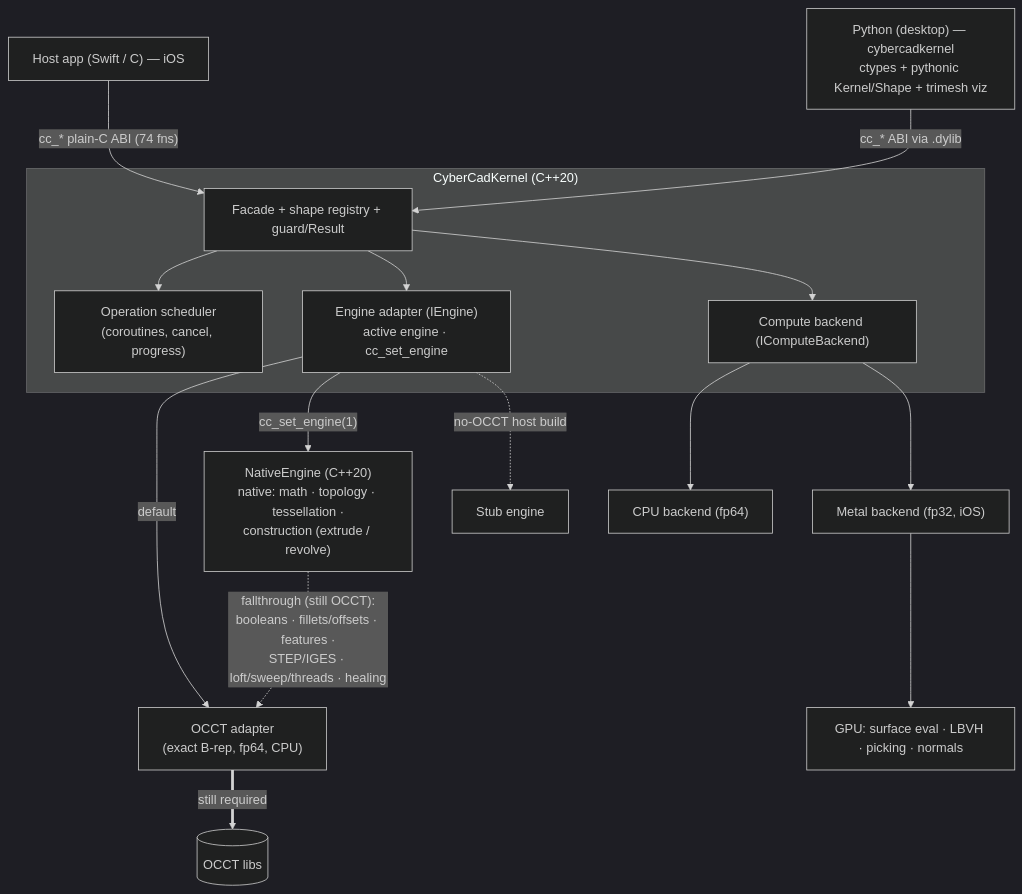
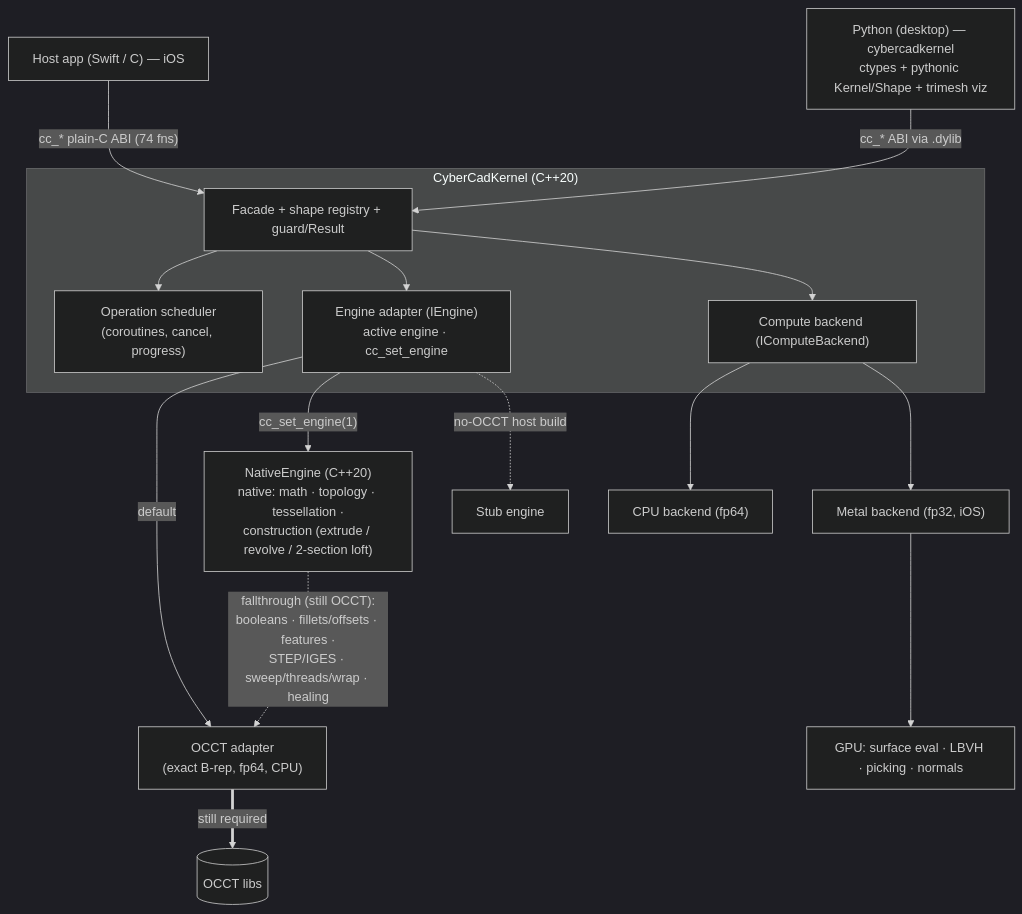
The diagram in README.md (CyberdyneCorp/CyberCadKernel), drawn with Mermaid (dark theme) before and after one commit. The commit also changed other lines of this file and 26 other files, not shown here.

````diff
--- a/README.md
+++ b/README.md
@@ -33,27 +33,27 @@
 ```mermaid
 flowchart TD
     App["Host app (Swift / C) — iOS"] -->|"cc_* plain-C ABI (74 fns)"| Facade
     Py["Python (desktop) — cybercadkernel<br/>ctypes + pythonic Kernel/Shape + trimesh viz"] -->|"cc_* ABI via .dylib"| Facade
 
     subgraph Kernel["CyberCadKernel (C++20)"]
         Facade["Facade + shape registry + guard/Result"]
         Sched["Operation scheduler<br/>(coroutines, cancel, progress)"]
         Engine["Engine adapter (IEngine)<br/>active engine · cc_set_engine"]
         Compute["Compute backend (IComputeBackend)"]
 
         Facade --> Sched
         Facade --> Engine
         Facade --> Compute
     end
 
     Engine -->|"default"| OCCT["OCCT adapter<br/>(exact B-rep, fp64, CPU)"]
-    Engine -->|"cc_set_engine(1)"| Native["NativeEngine (C++20)<br/>native: math · topology · tessellation ·<br/>construction (extrude / revolve)"]
+    Engine -->|"cc_set_engine(1)"| Native["NativeEngine (C++20)<br/>native: math · topology · tessellation ·<br/>construction (extrude / revolve / 2-section loft)"]
     Engine -.->|"no-OCCT host build"| Stub["Stub engine"]
 
-    Native -.->|"fallthrough (still OCCT):<br/>booleans · fillets/offsets · features ·<br/>STEP/IGES · loft/sweep/threads · healing"| OCCT
+    Native -.->|"fallthrough (still OCCT):<br/>booleans · fillets/offsets · features ·<br/>STEP/IGES · sweep/threads/wrap · healing"| OCCT
     OCCT ==>|"still required"| OCCTlib[("OCCT libs")]
 
     Compute --> CPUb["CPU backend (fp64)"]
     Compute --> Metal["Metal backend (fp32, iOS)"]
     Metal --> GPU["GPU: surface eval · LBVH · picking · normals"]
 ```
````
